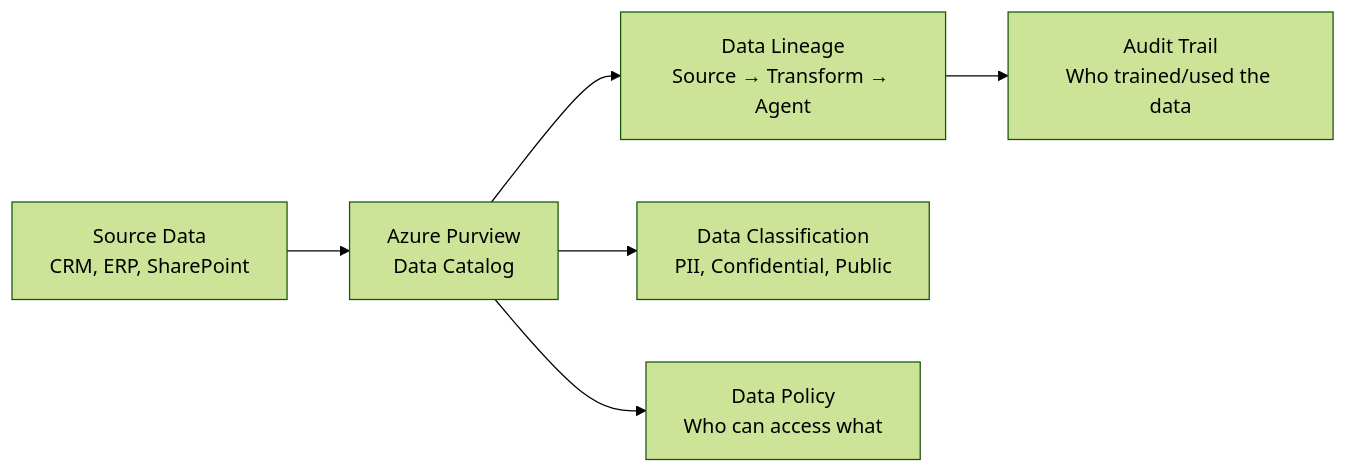
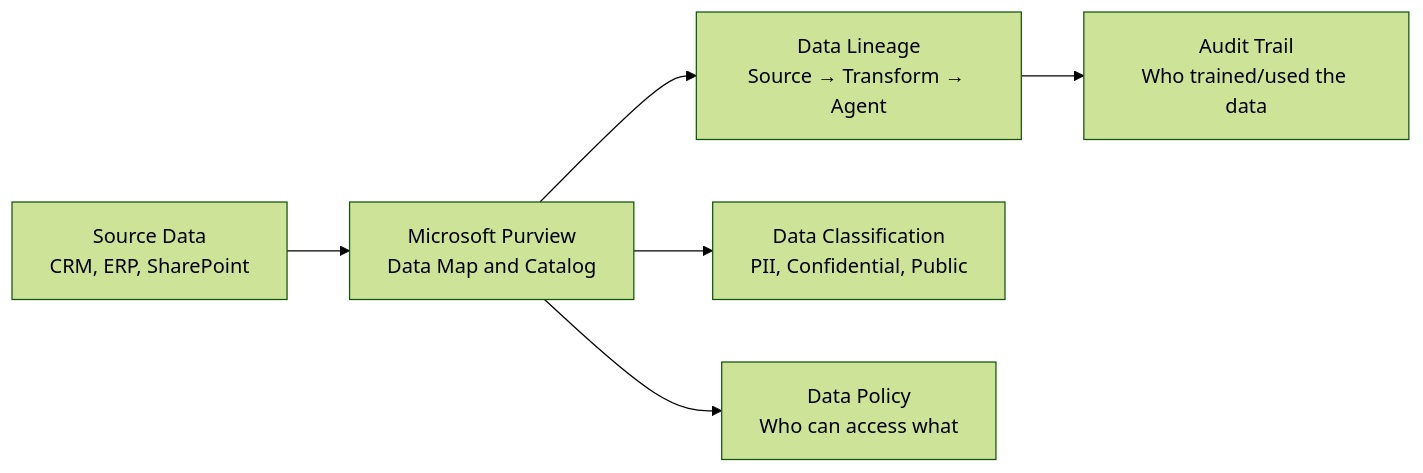
One commit to ajeetchouksey/ajch_skillup changed the fifth of 8 diagrams in content/skillup/ab100/notes/ab100-d4-lifecycle-responsible.md. Above: the diagram before and after it, drawn with Mermaid (forest theme). The commit also changed other lines of this file and 157 other files, not shown here.

````diff
--- a/content/skillup/ab100/notes/ab100-d4-lifecycle-responsible.md
+++ b/content/skillup/ab100/notes/ab100-d4-lifecycle-responsible.md
@@ -187,8 +275,8 @@
 ```mermaid
 graph LR
-    SRC[Source Data<br/>CRM, ERP, SharePoint] --> PURVIEW[Azure Purview<br/>Data Catalog]
+    SRC[Source Data<br/>CRM, ERP, SharePoint] --> PURVIEW[Microsoft Purview<br/>Data Map and Catalog]
     PURVIEW --> LINEAGE[Data Lineage<br/>Source → Transform → Agent]
     PURVIEW --> CLASS[Data Classification<br/>PII, Confidential, Public]
     PURVIEW --> POLICY[Data Policy<br/>Who can access what]
     LINEAGE --> AUDIT[Audit Trail<br/>Who trained/used the data]
 ```
````
